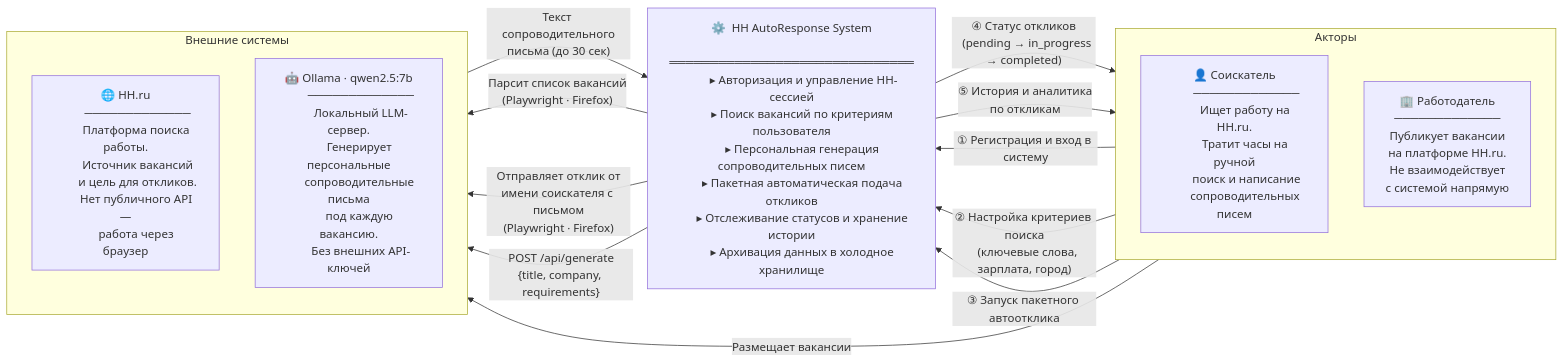
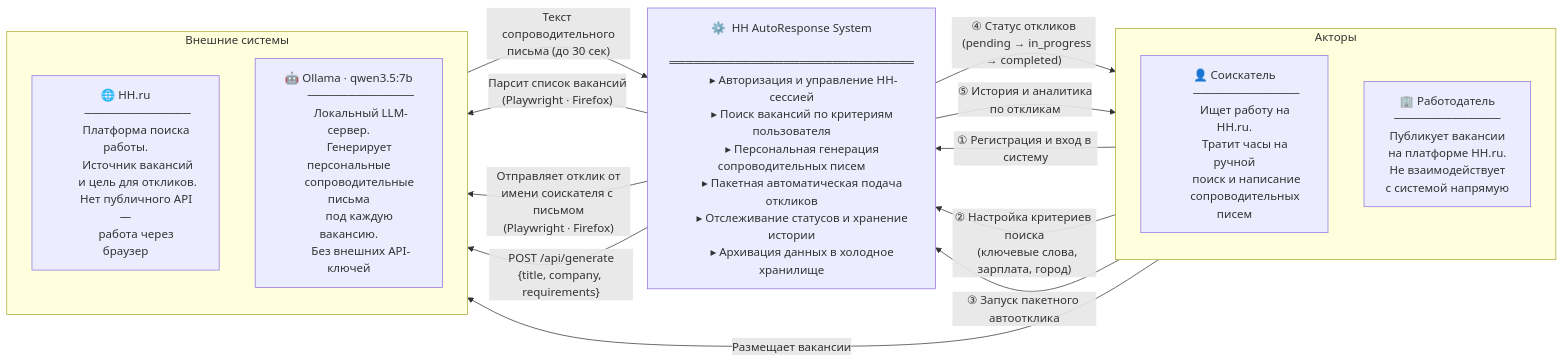
One commit to ForpoS7/autoresponse_system changed the diagram in docs/c4/01_business_context.md. Above: the diagram before and after it, drawn with Mermaid. The commit also changed other lines of this file and 7 other files, not shown here.

````diff
--- a/docs/c4/01_business_context.md
+++ b/docs/c4/01_business_context.md
@@ -6,62 +6,62 @@
 ```mermaid
 flowchart LR
     subgraph ACTORS["Акторы"]
         direction TB
         USER["👤 Соискатель
         ─────────────
         Ищет работу на HH.ru.
         Тратит часы на ручной
         поиск и написание
         сопроводительных писем"]
 
         EMPLOYER["🏢 Работодатель
         ─────────────
         Публикует вакансии
         на платформе HH.ru.
         Не взаимодействует
         с системой напрямую"]
     end
 
     SYS["⚙️  HH AutoResponse System
         ══════════════════════════════
         ▸ Авторизация и управление HH-сессией
         ▸ Поиск вакансий по критериям пользователя
         ▸ Персональная генерация сопроводительных писем
         ▸ Пакетная автоматическая подача откликов
         ▸ Отслеживание статусов и хранение истории
         ▸ Архивация данных в холодное хранилище"]
 
     subgraph EXT["Внешние системы"]
         direction TB
         HH["🌐 HH.ru
         ─────────────
         Платформа поиска работы.
         Источник вакансий
         и цель для откликов.
         Нет публичного API —
         работа через браузер"]
 
-        LLM["🤖 Ollama · qwen2.5:7b
+        LLM["🤖 Ollama · qwen3.5:7b
         ─────────────
         Локальный LLM-сервер.
         Генерирует персональные
         сопроводительные письма
         под каждую вакансию.
         Без внешних API-ключей"]
     end
 
     USER -->|"① Регистрация и вход в систему"| SYS
     USER -->|"② Настройка критериев поиска\n   (ключевые слова, зарплата, город)"| SYS
     USER -->|"③ Запуск пакетного автоотклика"| SYS
 
     SYS -->|"④ Статус откликов\n   (pending → in_progress → completed)"| USER
     SYS -->|"⑤ История и аналитика\n   по откликам"| USER
 
     EMPLOYER -->|"Размещает вакансии"| HH
 
     SYS -->|"Парсит список вакансий\n(Playwright · Firefox)"| HH
     SYS -->|"Отправляет отклик от\nимени соискателя с письмом\n(Playwright · Firefox)"| HH
 
     SYS -->|"POST /api/generate\n{title, company, requirements}"| LLM
     LLM -->|"Текст сопроводительного\nписьма (до 30 сек)"| SYS
 ```
````
